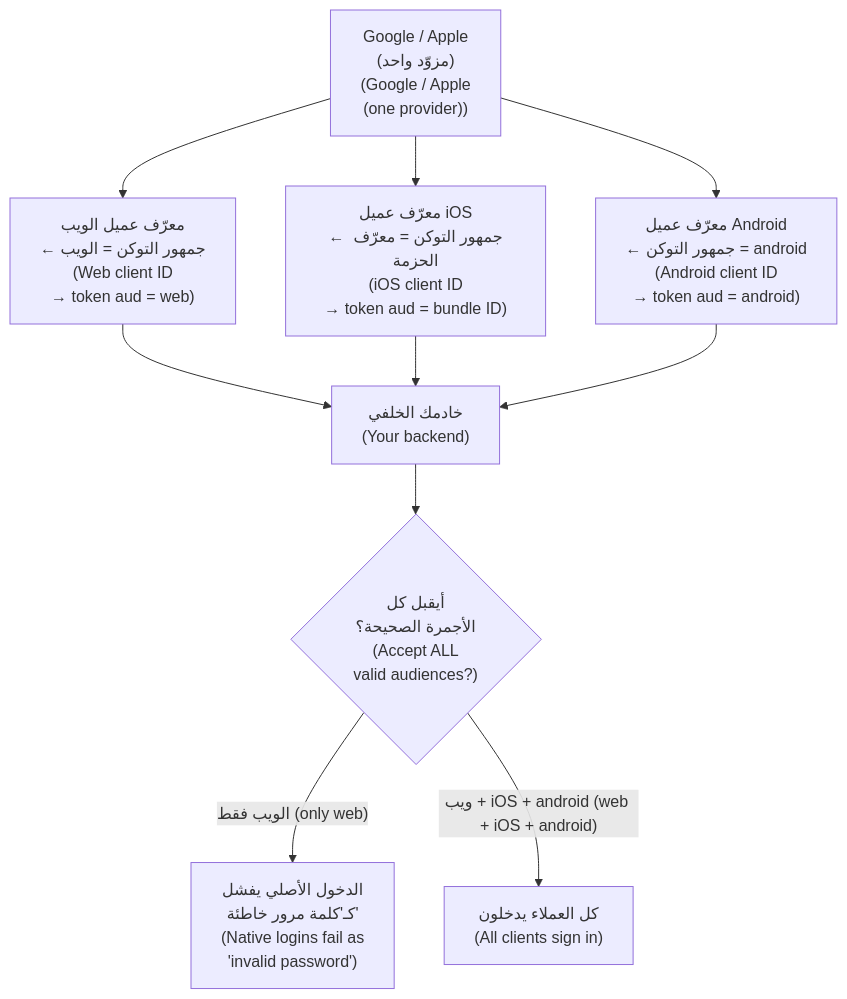
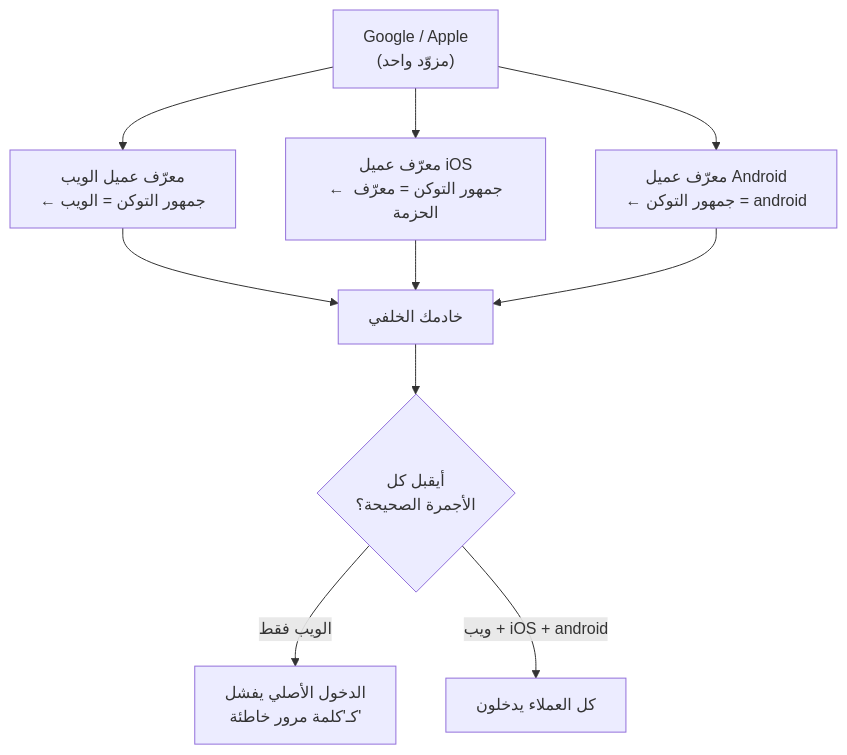
One commit to Tamoura/system-design-for-vibe-coders changed the fifth of 7 diagrams in modules/06-many-clients/module.ar.md. Above: the diagram before and after it, drawn with Mermaid. The commit also changed other lines of this file and 551 other files, not shown here.

````diff
--- a/modules/06-many-clients/module.ar.md
+++ b/modules/06-many-clients/module.ar.md
@@ -568,12 +568,12 @@
 ```mermaid
 flowchart TD
-    G["Google / Apple<br/>(مزوّد واحد)<br/>(Google / Apple<br/>(one provider))"] --> W["معرّف عميل الويب<br/>← جمهور التوكن = الويب<br/>(Web client ID<br/>→ token aud = web)"]
-    G --> I["معرّف عميل iOS<br/>← جمهور التوكن = معرّف الحزمة<br/>(iOS client ID<br/>→ token aud = bundle ID)"]
-    G --> A["معرّف عميل Android<br/>← جمهور التوكن = android<br/>(Android client ID<br/>→ token aud = android)"]
-    W --> BE["خادمك الخلفي<br/>(Your backend)"]
+    G["Google / Apple<br/>(مزوّد واحد)"] --> W["معرّف عميل الويب<br/>← جمهور التوكن = الويب"]
+    G --> I["معرّف عميل iOS<br/>← جمهور التوكن = معرّف الحزمة"]
+    G --> A["معرّف عميل Android<br/>← جمهور التوكن = android"]
+    W --> BE["خادمك الخلفي"]
     I --> BE
     A --> BE
-    BE --> CHECK{"أيقبل كل<br/>الأجمرة الصحيحة؟<br/>(Accept ALL<br/>valid audiences?)"}
-    CHECK -->|"الويب فقط (only web)"| FAIL["الدخول الأصلي يفشل<br/>كـ'كلمة مرور خاطئة'<br/>(Native logins fail as<br/>'invalid password')"]
-    CHECK -->|"ويب + iOS + android (web + iOS + android)"| OK["كل العملاء يدخلون<br/>(All clients sign in)"]
+    BE --> CHECK{"أيقبل كل<br/>الأجمرة الصحيحة؟"}
+    CHECK -->|"الويب فقط"| FAIL["الدخول الأصلي يفشل<br/>كـ'كلمة مرور خاطئة'"]
+    CHECK -->|"ويب + iOS + android"| OK["كل العملاء يدخلون"]
 ```
````
